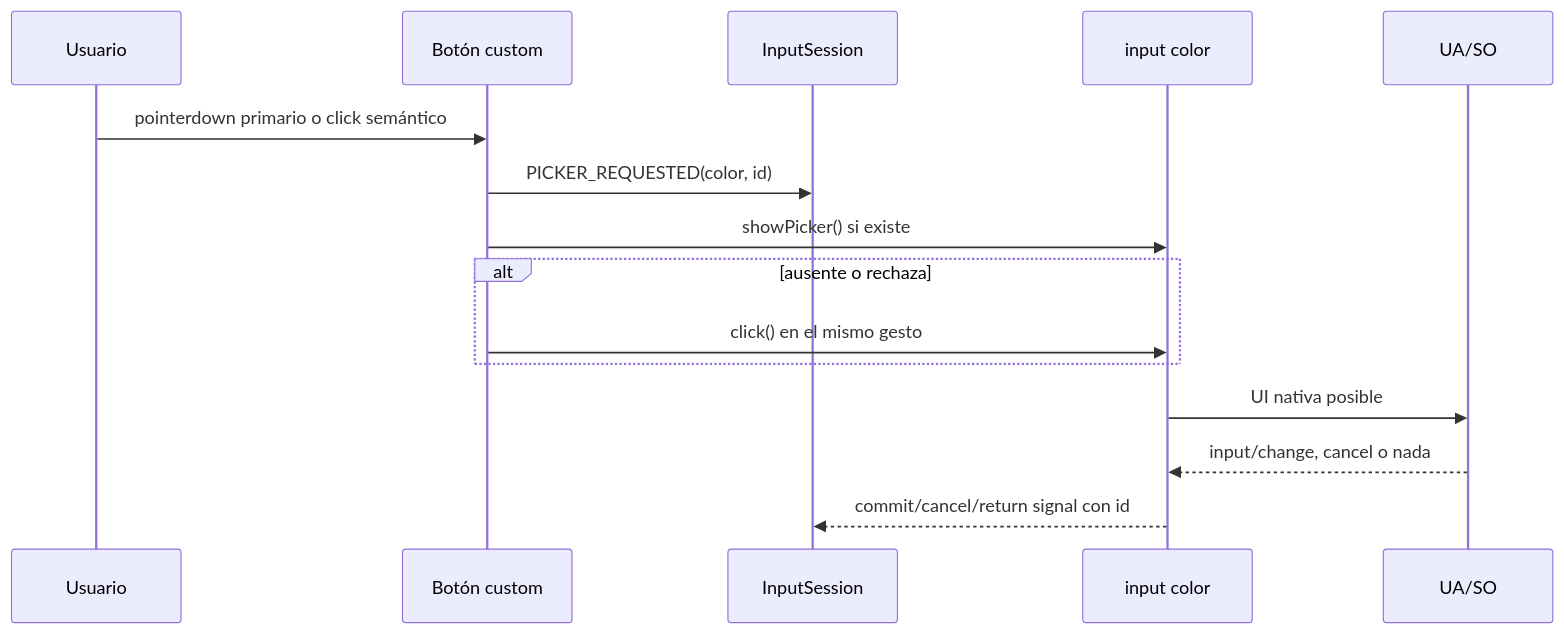
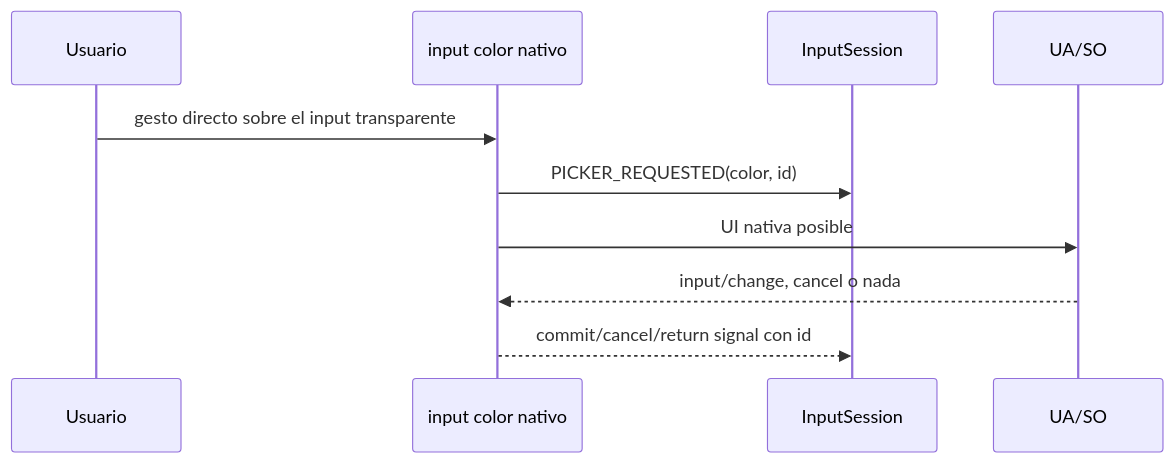
The fifth of 10 diagrams in docs/platform-limitations/manual-editor-v2-state-machines.md (CesarJGB/Under-FlashCards-FrontEnd), drawn with Mermaid before and after one commit. The commit also changed other lines of this file and 16 other files, not shown here.

````diff
--- a/docs/platform-limitations/manual-editor-v2-state-machines.md
+++ b/docs/platform-limitations/manual-editor-v2-state-machines.md
@@ -172,17 +172,12 @@
 ```mermaid
 sequenceDiagram
   participant U as Usuario
-  participant B as Botón custom
+  participant I as input color nativo
   participant S as InputSession
-  participant I as input color
   participant N as UA/SO
-  U->>B: pointerdown primario o click semántico
-  B->>S: PICKER_REQUESTED(color, id)
-  B->>I: showPicker() si existe
-  alt ausente o rechaza
-    B->>I: click() en el mismo gesto
-  end
+  U->>I: gesto directo sobre el input transparente
+  I->>S: PICKER_REQUESTED(color, id)
   I->>N: UI nativa posible
   N-->>I: input/change, cancel o nada
   I-->>S: commit/cancel/return signal con id
 ```
````
